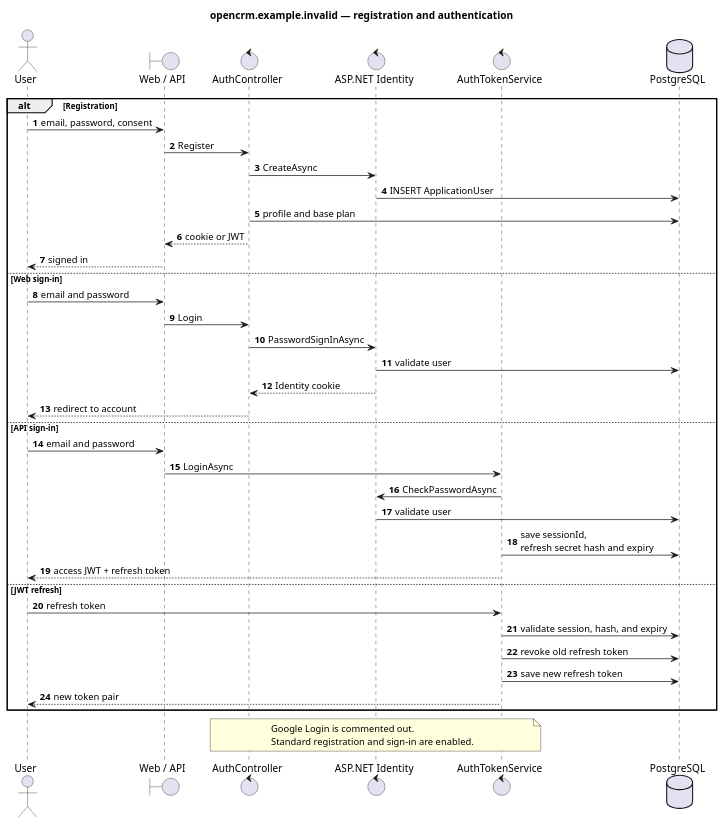
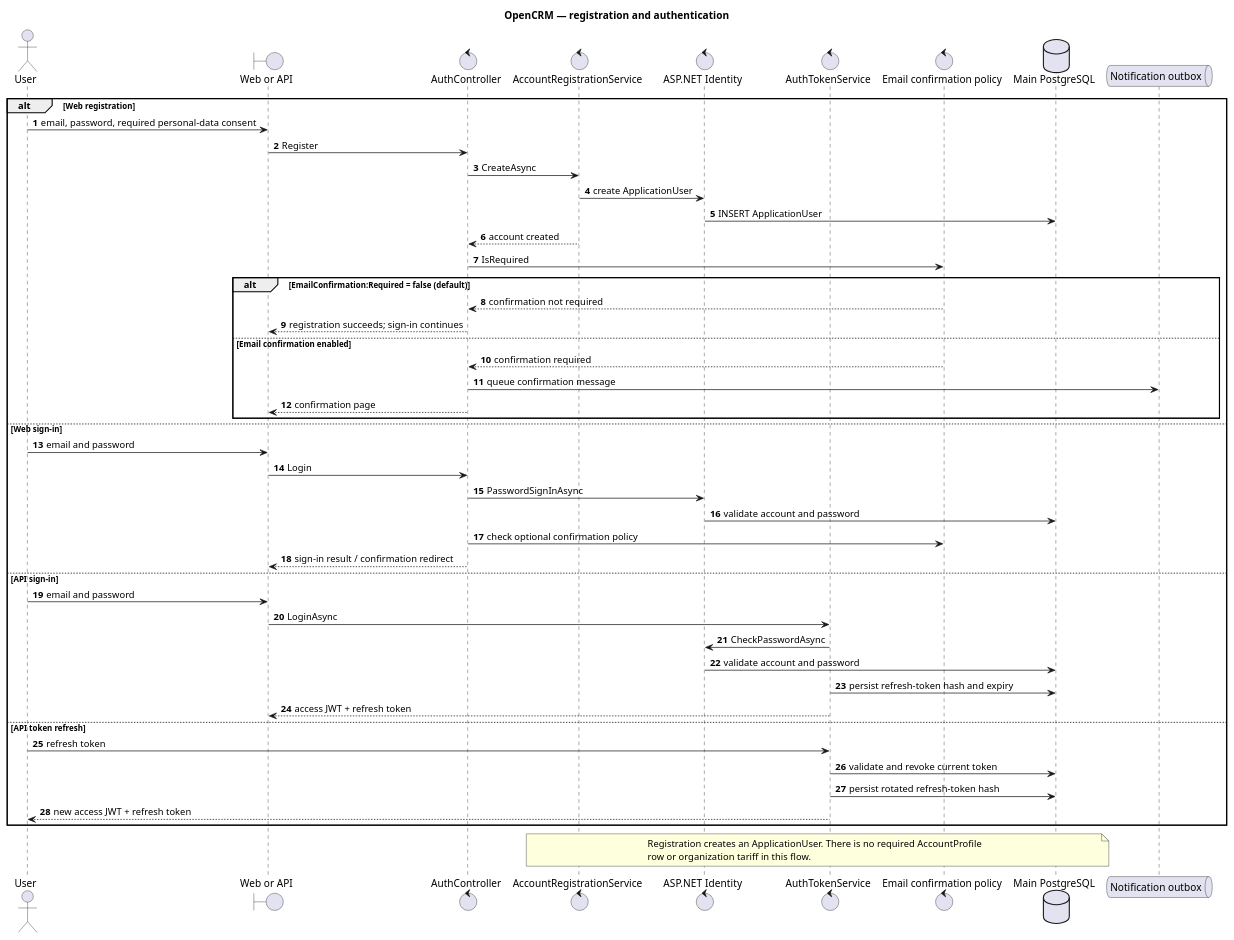
Before and after one commit to eddchervov/OpenCRM: the diagram in docs/uml/authentication-sequence.puml, drawn with PlantUML. The commit also changed 61 other files, not shown here.

Commit message:
Align bilingual guides and diagrams with the CRM core

```diff
--- a/docs/uml/authentication-sequence.puml
+++ b/docs/uml/authentication-sequence.puml
@@ -1,47 +1,57 @@
 @startuml authentication_sequence
-title opencrm.example.invalid — registration and authentication
+title OpenCRM — registration and authentication
 
 autonumber
 actor "User" as User
-boundary "Web / API" as UI
-control "AuthController" as Controller
+boundary "Web or API" as Client
+control "AuthController" as WebAuth
+control "AccountRegistrationService" as Registration
 control "ASP.NET Identity" as Identity
 control "AuthTokenService" as Tokens
-database "PostgreSQL" as Db
+control "Email confirmation policy" as EmailPolicy
+database "Main PostgreSQL" as Db
+queue "Notification outbox" as Mail
 
-alt Registration
-  User -> UI : email, password, consent
-  UI -> Controller : Register
-  Controller -> Identity : CreateAsync
+alt Web registration
+  User -> Client : email, password, required personal-data consent
+  Client -> WebAuth : Register
+  WebAuth -> Registration : CreateAsync
+  Registration -> Identity : create ApplicationUser
   Identity -> Db : INSERT ApplicationUser
-  Controller -> Db : profile and base plan
-  Controller --> UI : cookie or JWT
-  UI --> User : signed in
+  Registration --> WebAuth : account created
+  WebAuth -> EmailPolicy : IsRequired
+  alt EmailConfirmation:Required = false (default)
+    EmailPolicy --> WebAuth : confirmation not required
+    WebAuth --> Client : registration succeeds; sign-in continues
+  else Email confirmation enabled
+    EmailPolicy --> WebAuth : confirmation required
+    WebAuth -> Mail : queue confirmation message
+    WebAuth --> Client : confirmation page
+  end
 else Web sign-in
-  User -> UI : email and password
-  UI -> Controller : Login
-  Controller -> Identity : PasswordSignInAsync
-  Identity -> Db : validate user
-  Identity --> Controller : Identity cookie
-  Controller --> User : redirect to account
+  User -> Client : email and password
+  Client -> WebAuth : Login
+  WebAuth -> Identity : PasswordSignInAsync
+  Identity -> Db : validate account and password
+  WebAuth -> EmailPolicy : check optional confirmation policy
+  WebAuth --> Client : sign-in result / confirmation redirect
 else API sign-in
-  User -> UI : email and password
-  UI -> Tokens : LoginAsync
+  User -> Client : email and password
+  Client -> Tokens : LoginAsync
   Tokens -> Identity : CheckPasswordAsync
-  Identity -> Db : validate user
-  Tokens -> Db : save sessionId,\nrefresh secret hash and expiry
-  Tokens --> User : access JWT + refresh token
-else JWT refresh
+  Identity -> Db : validate account and password
+  Tokens -> Db : persist refresh-token hash and expiry
+  Tokens --> Client : access JWT + refresh token
+else API token refresh
   User -> Tokens : refresh token
-  Tokens -> Db : validate session, hash, and expiry
-  Tokens -> Db : revoke old refresh token
-  Tokens -> Db : save new refresh token
-  Tokens --> User : new token pair
+  Tokens -> Db : validate and revoke current token
+  Tokens -> Db : persist rotated refresh-token hash
+  Tokens --> User : new access JWT + refresh token
 end
 
-note over Controller,Tokens
-  Google Login is commented out.
-  Standard registration and sign-in are enabled.
+note over Registration,Db
+  Registration creates an ApplicationUser. There is no required AccountProfile
+  row or organization tariff in this flow.
 end note
 
 @enduml
```
